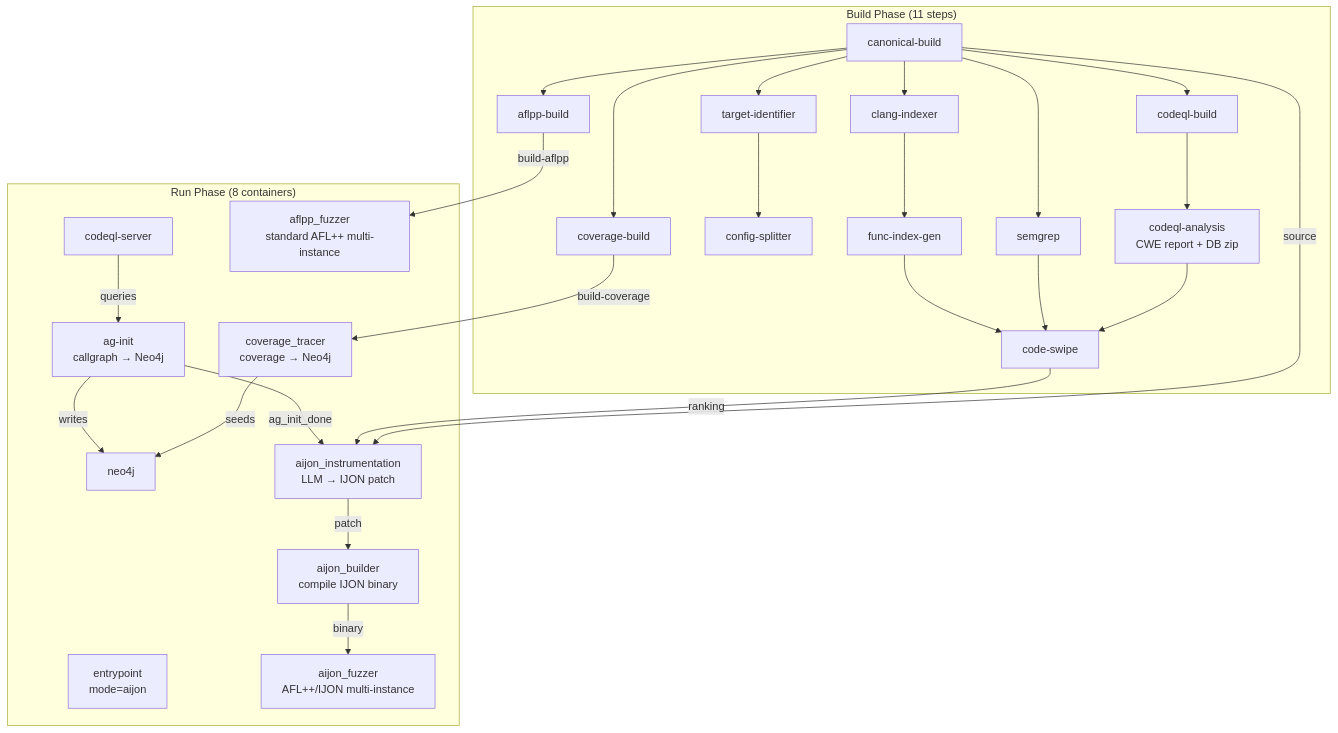
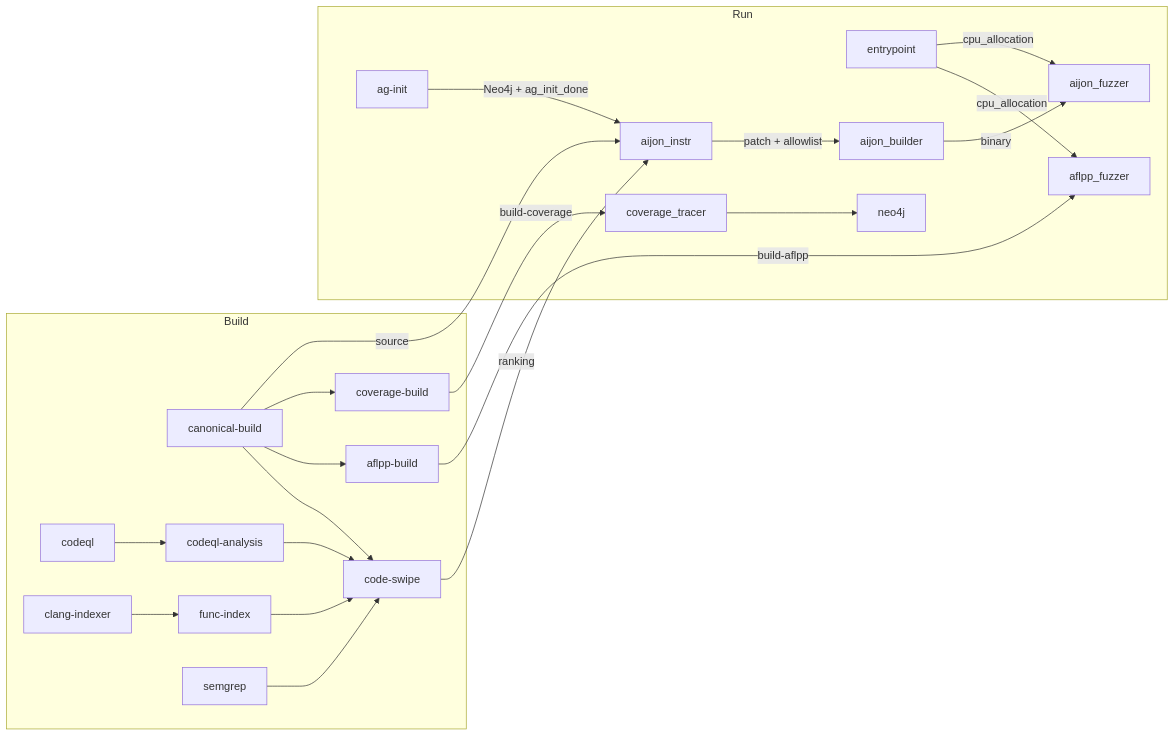
One commit to Team-Atlanta/shellphish-oss-crs changed the diagram in docs/crs-shellphish-aijon.md. Above: the diagram before and after it, drawn with Mermaid. The commit also changed other lines of this file and 3 other files, not shown here.

````diff
--- a/docs/crs-shellphish-aijon.md
+++ b/docs/crs-shellphish-aijon.md
@@ -9,44 +9,26 @@
 ```mermaid
-graph TD
-    subgraph "Build Phase (11 steps)"
-        CB[canonical-build] --> TI[target-identifier]
-        CB --> CI[clang-indexer]
-        CB --> CQL[codeql-build]
+graph LR
+    subgraph Build
+        CB[canonical-build] --> SW[code-swipe]
         CB --> AB[aflpp-build]
         CB --> COV[coverage-build]
-        TI --> CS[config-splitter]
-        CI --> FI[func-index-gen]
-        CB --> SEM[semgrep]
-        CQL --> CQA[codeql-analysis<br/>CWE report + DB zip]
-        FI --> SW[code-swipe]
-        SEM --> SW
-        CQA --> SW
+        CQL[codeql] --> CQA[codeql-analysis] --> SW
+        CI[clang-indexer] --> FI[func-index] --> SW
+        SEM[semgrep] --> SW
     end
 
-    subgraph "Run Phase (8 containers)"
-        EP[entrypoint<br/>mode=aijon]
+    subgraph Run
+        EP[entrypoint] -->|cpu_allocation| AFL[aflpp_fuzzer]
+        EP -->|cpu_allocation| FZ[aijon_fuzzer]
+        AB -->|build-aflpp| AFL
 
-        NEO[neo4j]
-        CQLS[codeql-server]
-        AGI[ag-init<br/>callgraph → Neo4j]
-
-        AI[aijon_instrumentation<br/>LLM → IJON patch]
-        BLD[aijon_builder<br/>compile IJON binary]
-        FZ[aijon_fuzzer<br/>AFL++/IJON multi-instance]
-        AFL[aflpp_fuzzer<br/>standard AFL++ multi-instance]
-        CT[coverage_tracer<br/>coverage → Neo4j]
-
-        CQLS -->|queries| AGI
-        AGI -->|writes| NEO
-        AGI -->|ag_init_done| AI
-
+        AGI[ag-init] -->|Neo4j + ag_init_done| AI[aijon_instr]
         SW -->|ranking| AI
         CB -->|source| AI
-        AI -->|patch| BLD
+        AI -->|patch + allowlist| BLD[aijon_builder]
         BLD -->|binary| FZ
 
-        AB -->|build-aflpp| AFL
-        COV -->|build-coverage| CT
-        CT -->|seeds| NEO
+        COV -->|build-coverage| CT[coverage_tracer]
+        CT --> NEO[neo4j]
     end
 ```
````
